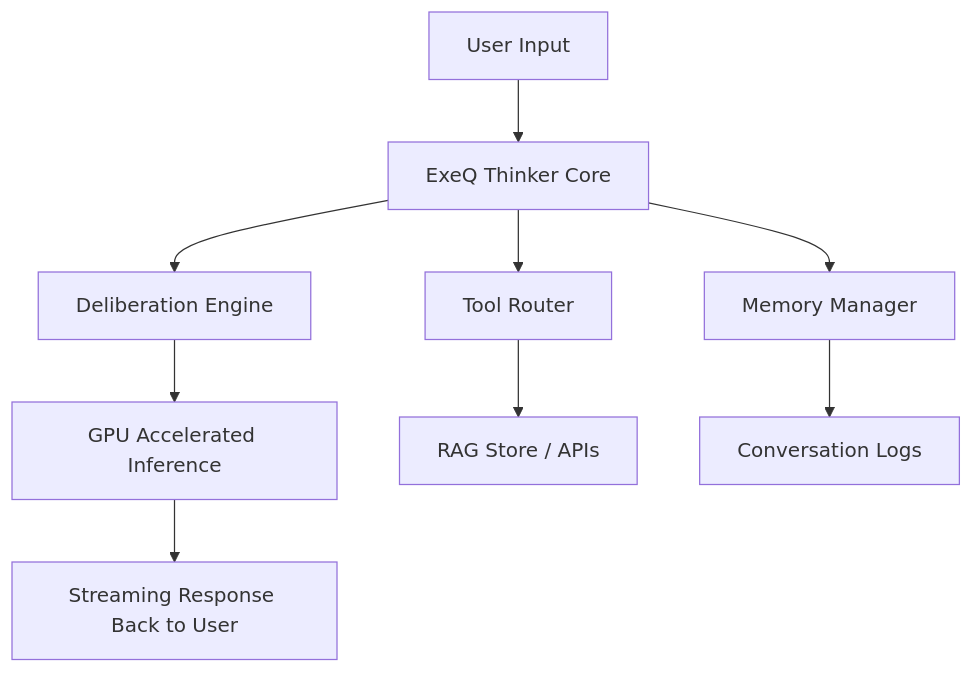
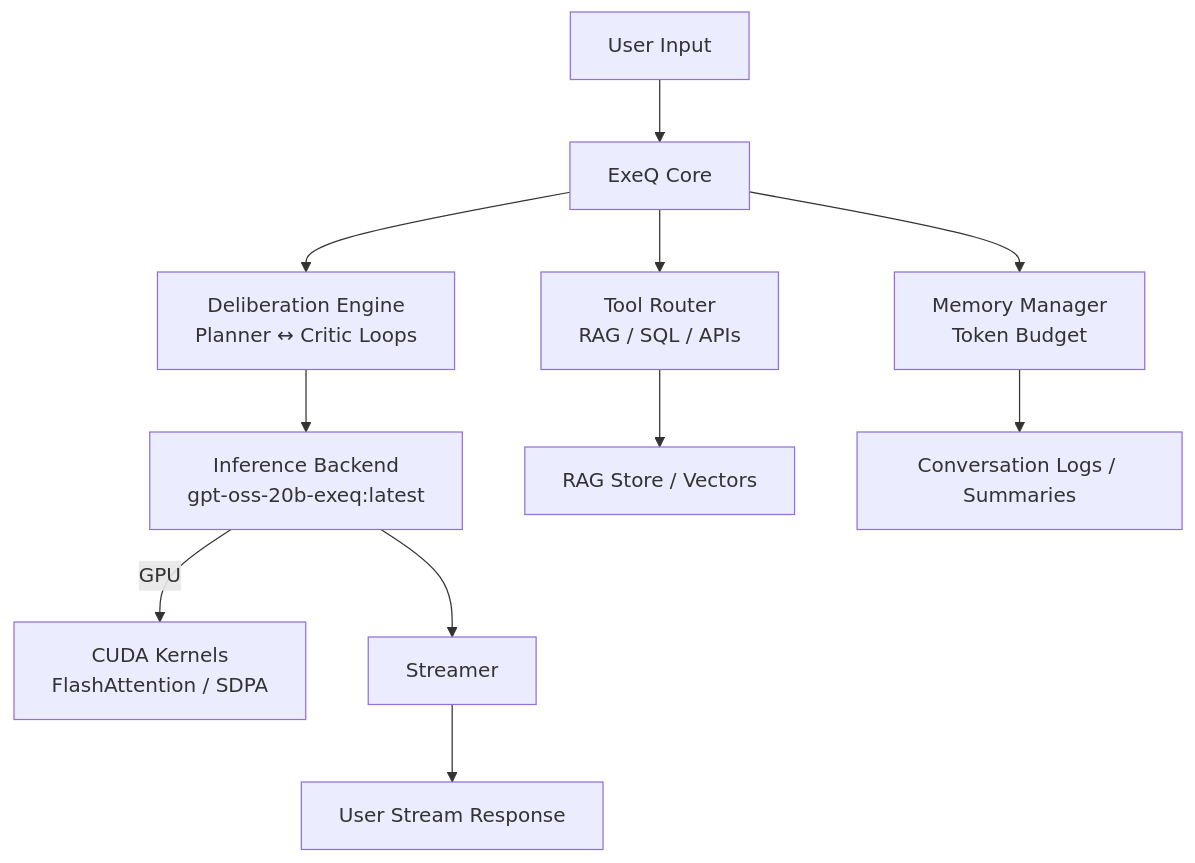
Before and after one commit to BRIQ-Consultancy/ExeQ-Thinker: the first of 2 diagrams in README.md, drawn with Mermaid. The commit also changed other lines of this file, not shown here.

````diff
--- a/README.md
+++ b/README.md
@@ -30,11 +52,13 @@
 ```mermaid
 flowchart TD
-    A[User Input] --> B[ExeQ Thinker Core]
-    B --> C[Deliberation Engine]
-    B --> D[Tool Router]
-    B --> E[Memory Manager]
-    C --> F[GPU Accelerated Inference]
-    D --> G[RAG Store / APIs]
-    E --> H[Conversation Logs]
-    F --> I[Streaming Response Back to User]
+    A[User Input] --> B[ExeQ Core]
+    B --> C[Deliberation Engine<br/>Planner ↔ Critic Loops]
+    B --> D[Tool Router<br/>RAG / SQL / APIs]
+    B --> E[Memory Manager<br/>Token Budget]
+    C --> F[Inference Backend<br/>gpt-oss-20b-exeq:latest]
+    F --> |GPU| G[CUDA Kernels<br/>FlashAttention / SDPA]
+    D --> H[RAG Store / Vectors]
+    E --> I[Conversation Logs / Summaries]
+    F --> J[Streamer]
+    J --> K[User Stream Response]
 ```
````
